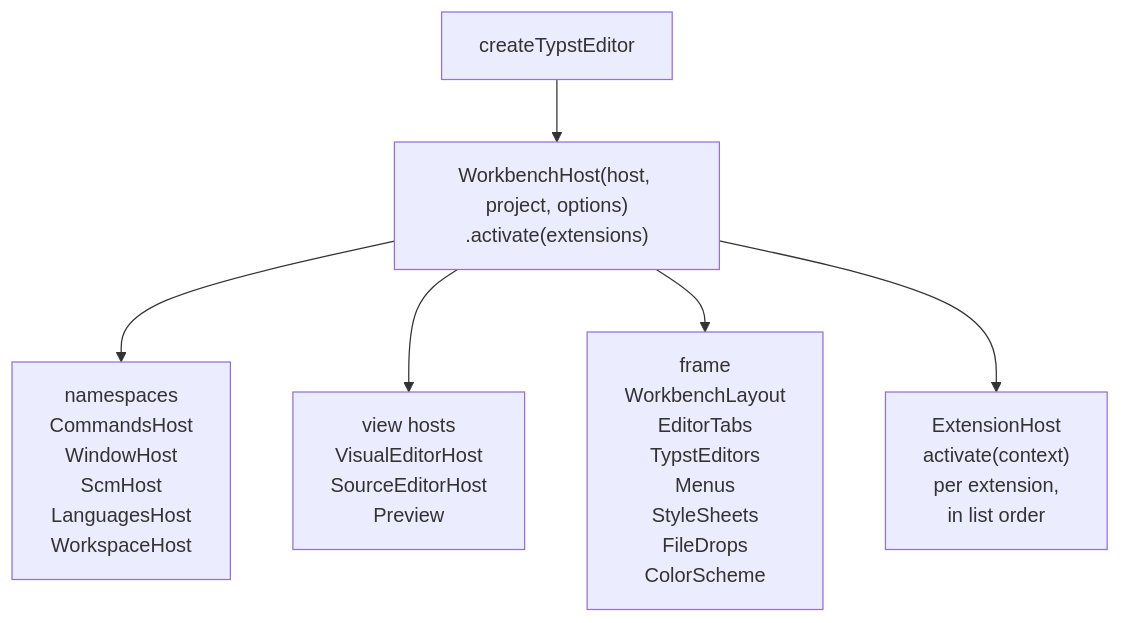
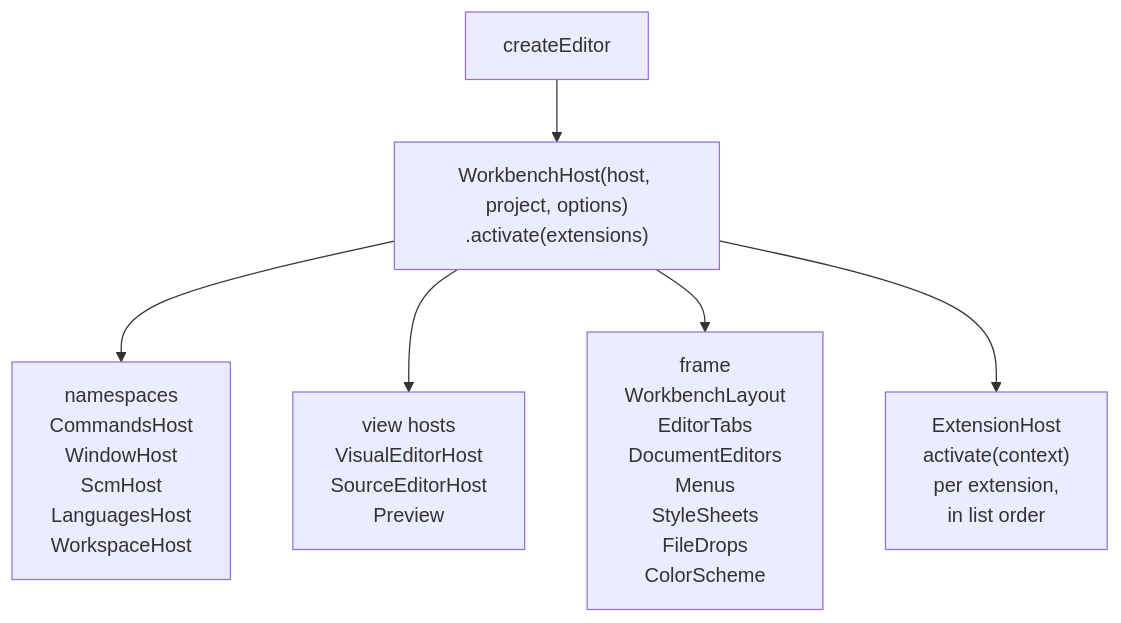
Before and after one commit to sandstorm/zwiebelfisch: the diagram in docs/diagrams/workbench-composition.mmd, drawn with Mermaid. The commit also changed 24 other files, not shown here.

```diff
--- a/docs/diagrams/workbench-composition.mmd
+++ b/docs/diagrams/workbench-composition.mmd
@@ -1,25 +1,25 @@
 flowchart TD
-  create["createTypstEditor"] --> host["`WorkbenchHost(host, project, options)
+  create["createEditor"] --> host["`WorkbenchHost(host, project, options)
   .activate(extensions)`"]
   host --> namespaces["`namespaces
   CommandsHost
   WindowHost
   ScmHost
   LanguagesHost
   WorkspaceHost`"]
   host --> views["`view hosts
   VisualEditorHost
   SourceEditorHost
   Preview`"]
   host --> frame["`frame
   WorkbenchLayout
   EditorTabs
-  TypstEditors
+  DocumentEditors
   Menus
   StyleSheets
   FileDrops
   ColorScheme`"]
   host --> extensions["`ExtensionHost
   activate(context)
   per extension,
   in list order`"]
```
